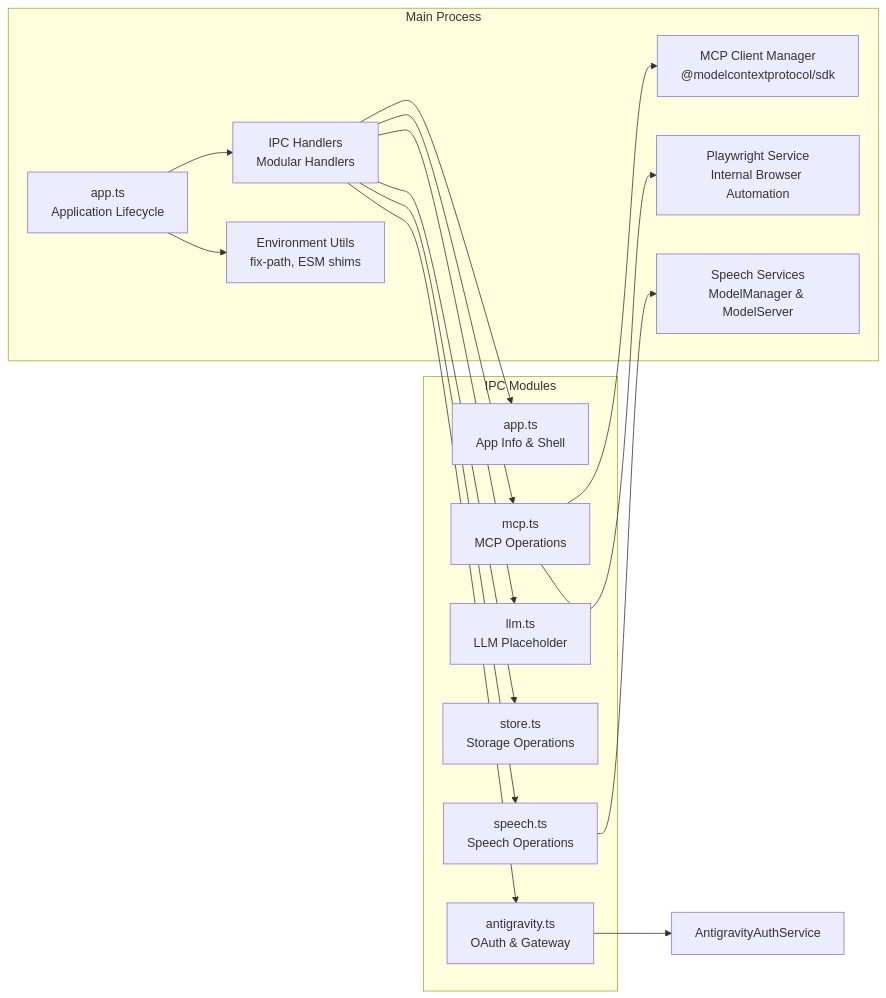
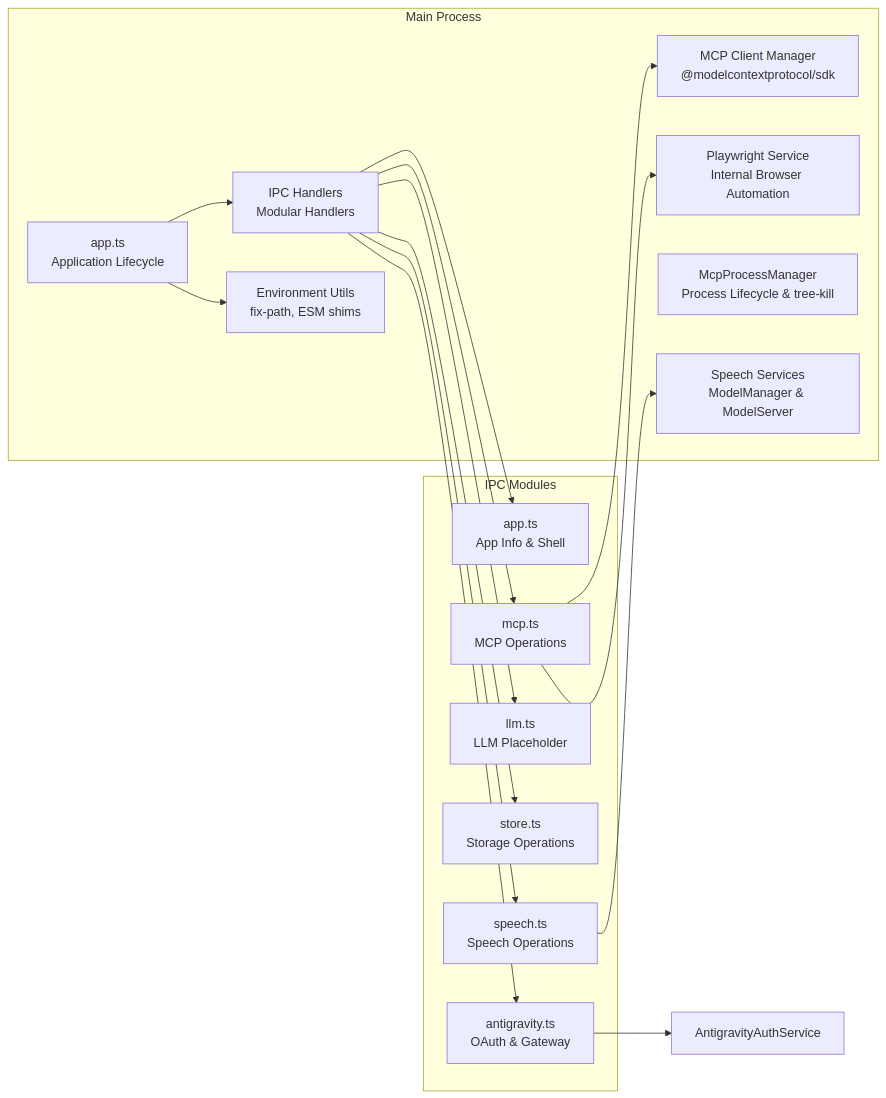
One commit to meharajM/ai-worker.app changed the second of 32 diagrams in architecture.md. Above: the diagram before and after it, drawn with Mermaid. The commit also changed other lines of this file, not shown here.

Commit message:
docs: update architecture.md to reflect MCP process management and browser state promotion

````diff
--- a/architecture.md
+++ b/architecture.md
@@ -63,33 +63,34 @@
 ```mermaid
 graph LR
     subgraph "Main Process"
         App[app.ts<br/>Application Lifecycle]
         IPC[IPC Handlers<br/>Modular Handlers]
         MCP[MCP Client Manager<br/>@modelcontextprotocol/sdk]
         Playwright[Playwright Service<br/>Internal Browser Automation]
+        McpManager[McpProcessManager<br/>Process Lifecycle & tree-kill]
         Speech[Speech Services<br/>ModelManager & ModelServer]
         Env[Environment Utils<br/>fix-path, ESM shims]
     end
 
     subgraph "IPC Modules"
         AppHandlers[app.ts<br/>App Info & Shell]
         MCPHandlers[mcp.ts<br/>MCP Operations]
         LLMHandlers[llm.ts<br/>LLM Placeholder]
         StoreHandlers[store.ts<br/>Storage Operations]
         SpeechHandlers[speech.ts<br/>Speech Operations]
         AntigravityHandlers[antigravity.ts<br/>OAuth & Gateway]
     end
 
     App --> IPC
     IPC --> AppHandlers
     IPC --> MCPHandlers
     IPC --> LLMHandlers
     IPC --> StoreHandlers
     IPC --> SpeechHandlers
     IPC --> AntigravityHandlers
     MCPHandlers --> MCP
     MCPHandlers --> Playwright
     SpeechHandlers --> Speech
     AntigravityHandlers --> AntigravityAuthService[AntigravityAuthService]
     App --> Env
 ```
````
